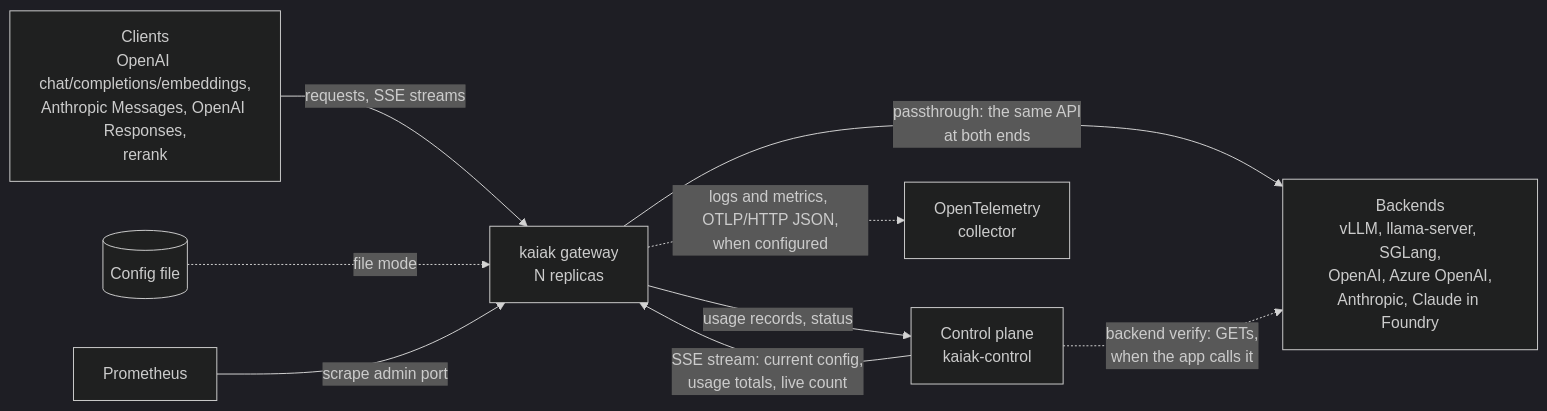
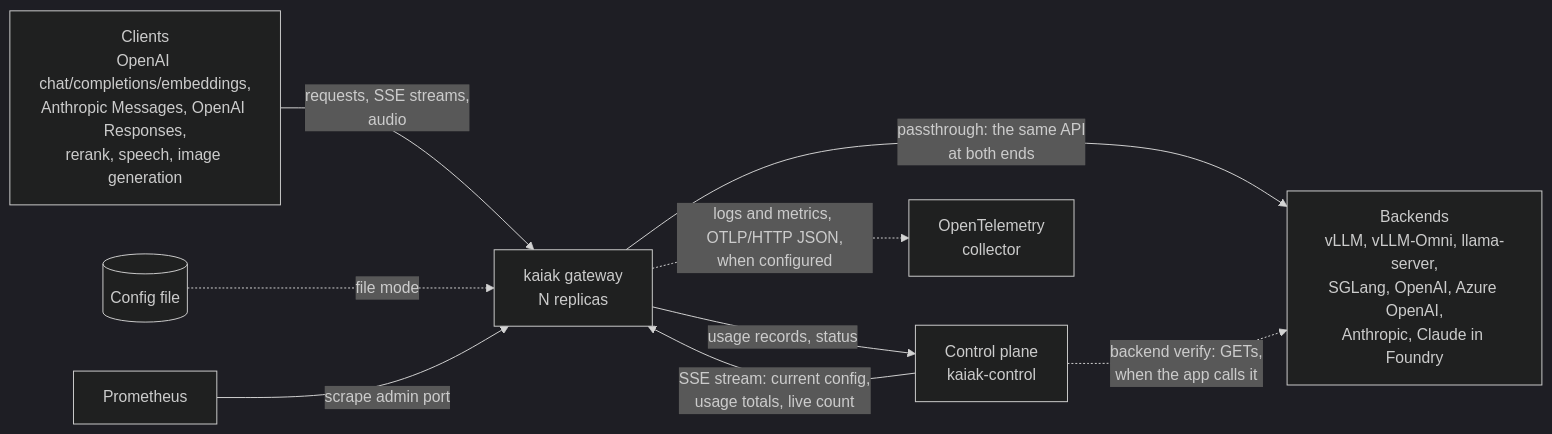
Before and after one commit to acdtrx/kaiak: the first of 3 diagrams in docs/ARCHITECTURE.md, drawn with Mermaid (dark theme). The commit also changed other lines of this file and 14 other files, not shown here.

Commit message:
feat(live): vLLM-Omni speech and image checks in the live-test kit; Speech and images in DEPLOYMENT — step 10

````diff
--- a/docs/ARCHITECTURE.md
+++ b/docs/ARCHITECTURE.md
@@ -25,11 +25,11 @@
 ```mermaid
 flowchart LR
-    client[Clients<br/>OpenAI chat/completions/embeddings,<br/>Anthropic Messages, OpenAI Responses,<br/>rerank] -->|requests, SSE streams| gw[kaiak gateway<br/>N replicas]
-    gw -->|passthrough: the same API<br/>at both ends| be[Backends<br/>vLLM, llama-server, SGLang,<br/>OpenAI, Azure OpenAI,<br/>Anthropic, Claude in Foundry]
+    client[Clients<br/>OpenAI chat/completions/embeddings,<br/>Anthropic Messages, OpenAI Responses,<br/>rerank, speech, image generation] -->|requests, SSE streams,<br/>audio| gw[kaiak gateway<br/>N replicas]
+    gw -->|passthrough: the same API<br/>at both ends| be[Backends<br/>vLLM, vLLM-Omni, llama-server,<br/>SGLang, OpenAI, Azure OpenAI,<br/>Anthropic, Claude in Foundry]
     cp[Control plane<br/>kaiak-control] -->|SSE stream: current config,<br/>usage totals, live count| gw
     gw -->|usage records, status| cp
     cp -.->|backend verify: GETs,<br/>when the app calls it| be
     file[(Config file)] -.->|file mode| gw
     prom[Prometheus] -->|scrape admin port| gw
     gw -.->|logs and metrics, OTLP/HTTP JSON,<br/>when configured| otel[OpenTelemetry<br/>collector]
 ```
````
